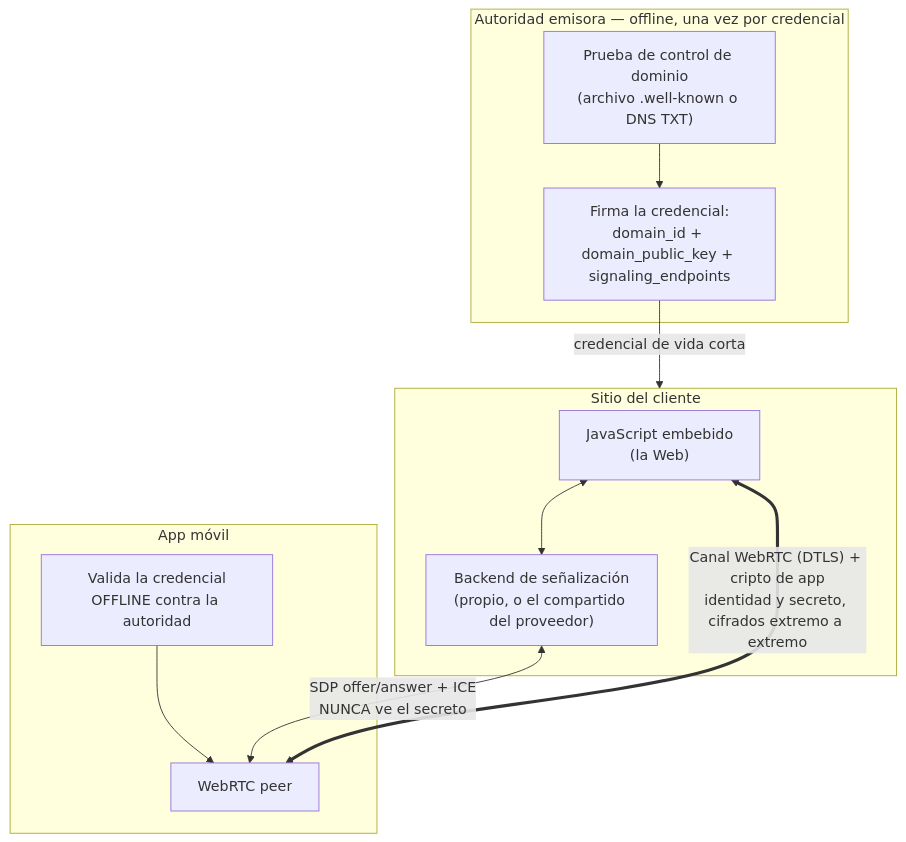
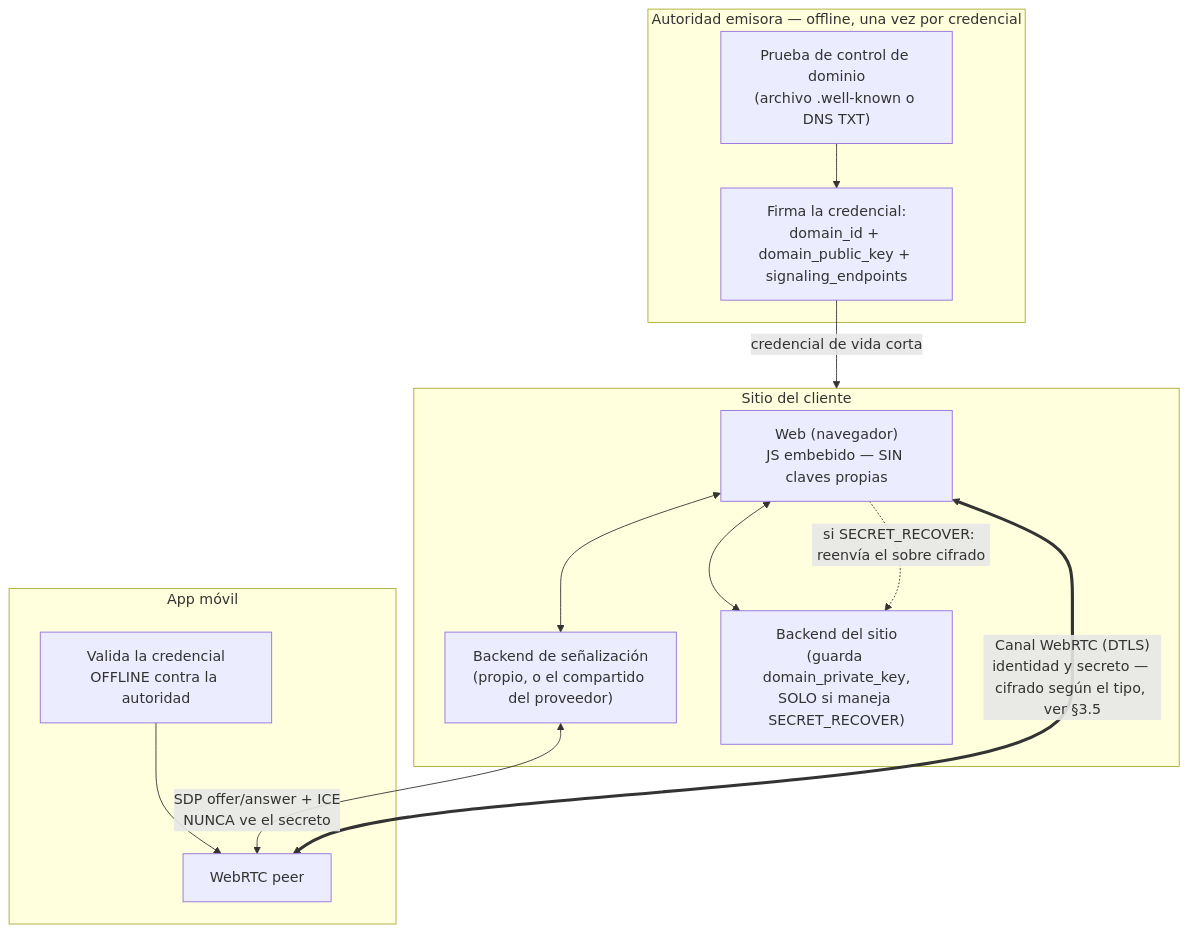
Before and after one commit to estefanozarate/SignApp: the first of 2 diagrams in ARQUITECTURA_V2.md, drawn with Mermaid. The commit also changed other lines of this file and 1 other file, not shown here.

````diff
--- a/ARQUITECTURA_V2.md
+++ b/ARQUITECTURA_V2.md
@@ -102,25 +113,28 @@
 ```mermaid
 flowchart TB
     subgraph Autoridad["Autoridad emisora — offline, una vez por credencial"]
         A1["Prueba de control de dominio<br/>(archivo .well-known o DNS TXT)"]
         A2["Firma la credencial:<br/>domain_id + domain_public_key + signaling_endpoints"]
         A1 --> A2
     end
 
     A2 -->|credencial de vida corta| Cliente
 
     subgraph Cliente["Sitio del cliente"]
-        C1["JavaScript embebido<br/>(la Web)"]
+        C1["Web (navegador)<br/>JS embebido — SIN claves propias"]
         C2["Backend de señalización<br/>(propio, o el compartido del proveedor)"]
+        C3["Backend del sitio<br/>(guarda domain_private_key,<br/>SOLO si maneja SECRET_RECOVER)"]
         C1 <--> C2
+        C1 <--> C3
     end
 
     subgraph AppBox["App móvil"]
         AP1["Valida la credencial<br/>OFFLINE contra la autoridad"]
         AP2["WebRTC peer"]
         AP1 --> AP2
     end
 
     C2 <-->|"SDP offer/answer + ICE<br/>NUNCA ve el secreto"| AP2
-    AP2 <==>|"Canal WebRTC (DTLS) + cripto de app<br/>identidad y secreto, cifrados extremo a extremo"| C1
+    AP2 <==>|"Canal WebRTC (DTLS)<br/>identidad y secreto — cifrado según el tipo, ver §3.5"| C1
+    C1 -.->|"si SECRET_RECOVER: reenvía el sobre cifrado"| C3
 ```
````
